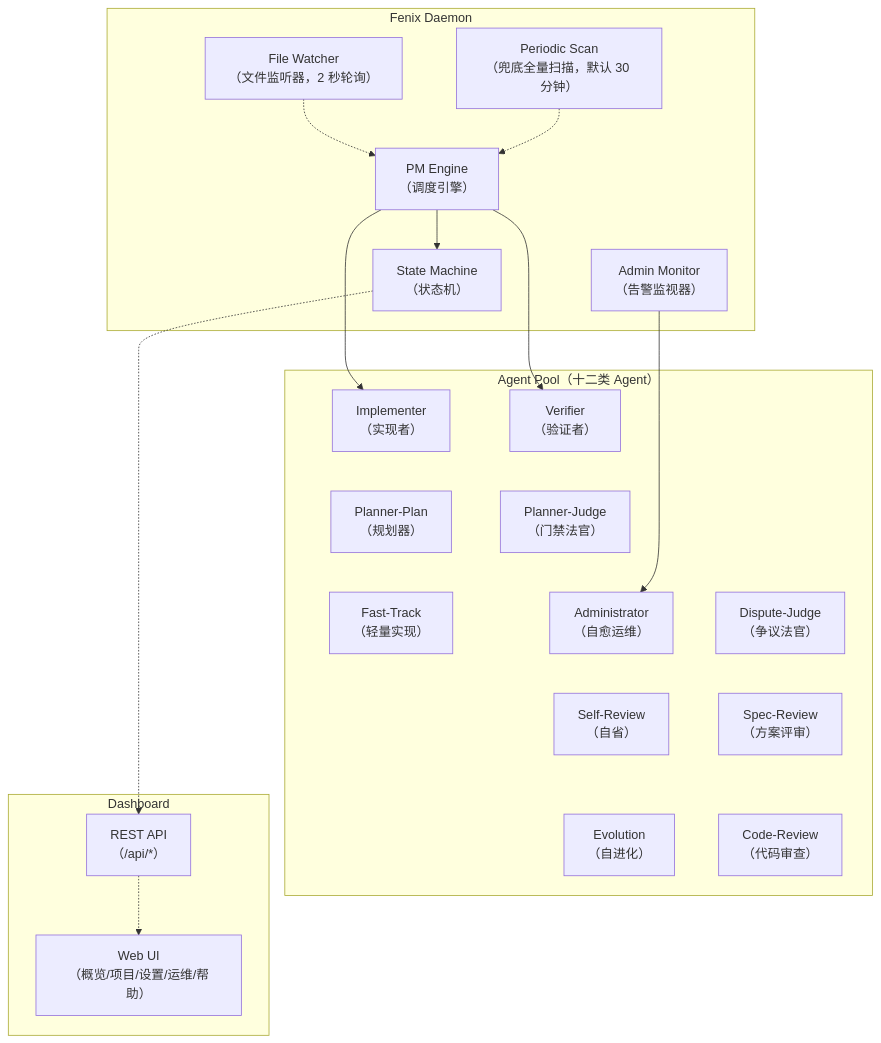
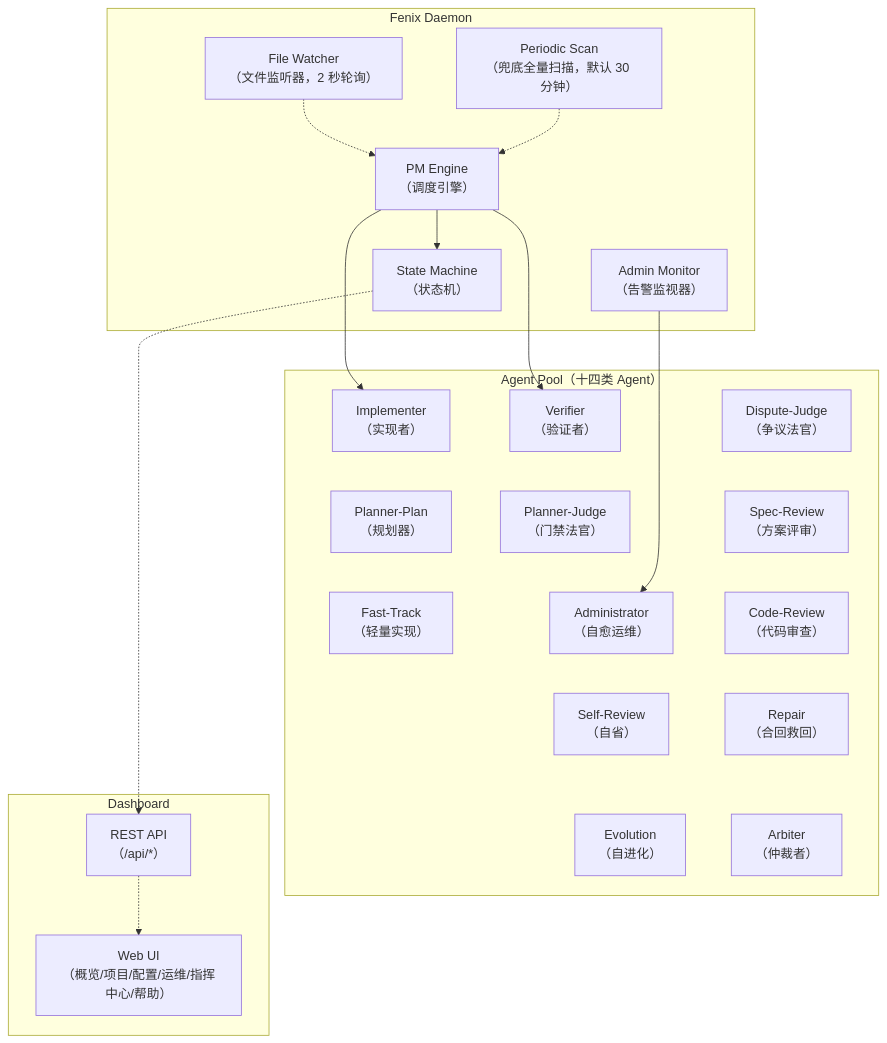
Before and after one commit to fenixsoft/fenixd: the first of 2 diagrams in docs/help/02-concepts.md, drawn with Mermaid. The commit also changed other lines of this file and 36 other files, not shown here.

````diff
--- a/docs/help/02-concepts.md
+++ b/docs/help/02-concepts.md
@@ -16,49 +16,53 @@
 ```mermaid
 graph TB
     subgraph DAEMON ["Fenix Daemon"]
         FW["File Watcher\n（文件监听器，2 秒轮询）"]
         SC["Periodic Scan\n（兜底全量扫描，默认 30 分钟）"]
         AM["Admin Monitor\n（告警监视器）"]
         PM["PM Engine\n（调度引擎）"]
         SM["State Machine\n（状态机）"]
         FW -.-> PM
         SC -.-> PM
         PM --> SM
     end
 
-    subgraph POOL ["Agent Pool（十二类 Agent）"]
+    subgraph POOL ["Agent Pool（十四类 Agent）"]
         IMP["Implementer\n（实现者）"]
         VER["Verifier\n（验证者）"]
         PP["Planner-Plan\n（规划器）"]
         PJ["Planner-Judge\n（门禁法官）"]
         FT["Fast-Track\n（轻量实现）"]
         ADM["Administrator\n（自愈运维）"]
         SR["Self-Review\n（自省）"]
         DJ["Dispute-Judge\n（争议法官）"]
         EV["Evolution\n（自进化）"]
         REV["Spec-Review\n（方案评审）"]
         CR["Code-Review\n（代码审查）"]
+        REP["Repair\n（合回救回）"]
+        ARB["Arbiter\n（仲裁者）"]
         IMP ~~~ PP
         PP ~~~ FT
         VER ~~~ PJ
         PJ ~~~ ADM
         ADM ~~~ SR
         SR ~~~ EV
         DJ ~~~ REV
         REV ~~~ CR
+        CR ~~~ REP
+        REP ~~~ ARB
     end
 
     subgraph DASH ["Dashboard"]
         API["REST API\n（/api/*）"]
-        WEB["Web UI\n（概览/项目/设置/运维/帮助）"]
+        WEB["Web UI\n（概览/项目/配置/运维/指挥中心/帮助）"]
         API -.-> WEB
     end
 
     PM --> IMP
     PM --> VER
     AM --> ADM
     SM -.-> API
     SM ~~~ IMP
     SM ~~~ VER
     SR ~~~ API
 ```
````
